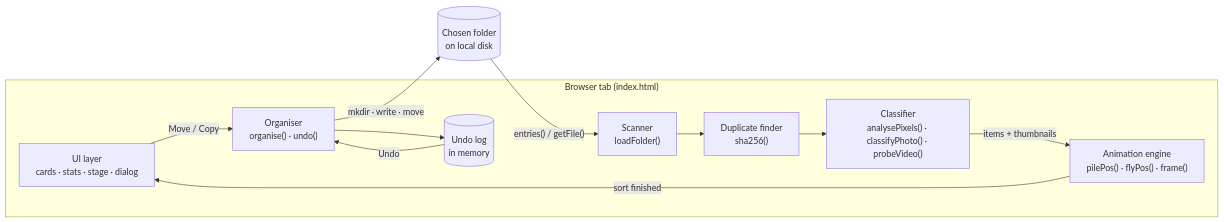
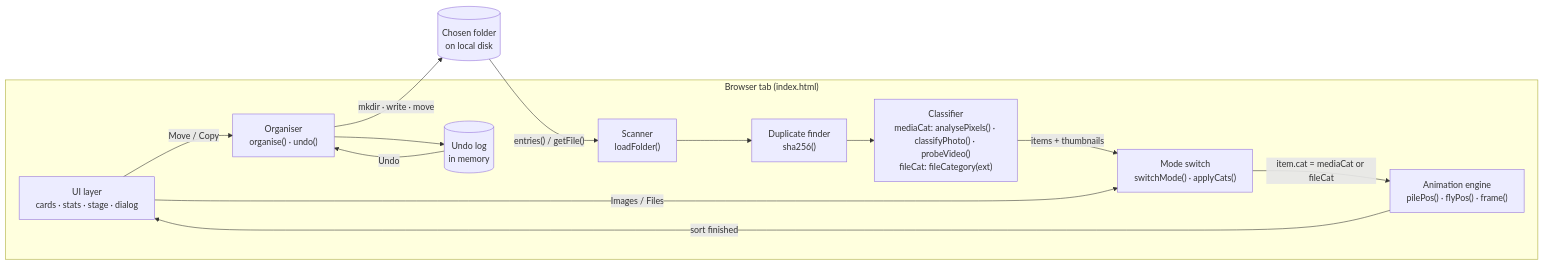
The first of 3 diagrams in README.md (woogi8/photo-sorter), drawn with Mermaid before and after one commit. The commit also changed other lines of this file and 1 other file, not shown here.

First line of the commit message:
Add Images/Files mode toggle with extension-based sorting

````diff
--- a/README.md
+++ b/README.md
@@ -83,22 +107,25 @@
 ```mermaid
 flowchart LR
     subgraph Browser["Browser tab (index.html)"]
         UI["UI layer<br/>cards · stats · stage · dialog"]
         SCAN["Scanner<br/>loadFolder()"]
         HASH["Duplicate finder<br/>sha256()"]
-        CLS["Classifier<br/>analysePixels() · classifyPhoto() · probeVideo()"]
+        CLS["Classifier<br/>mediaCat: analysePixels() · classifyPhoto() · probeVideo()<br/>fileCat: fileCategory(ext)"]
+        MODE["Mode switch<br/>switchMode() · applyCats()"]
         ANIM["Animation engine<br/>pilePos() · flyPos() · frame()"]
         ORG["Organiser<br/>organise() · undo()"]
         LOG[("Undo log<br/>in memory")]
     end
     FS[("Chosen folder<br/>on local disk")]
 
     FS -- "entries() / getFile()" --> SCAN
     SCAN --> HASH --> CLS
-    CLS -- "items + thumbnails" --> ANIM
+    CLS -- "items + thumbnails" --> MODE
+    MODE -- "item.cat = mediaCat or fileCat" --> ANIM
+    UI -- "Images / Files" --> MODE
     ANIM -- "sort finished" --> UI
     UI -- "Move / Copy" --> ORG
     ORG -- "mkdir · write · move" --> FS
     ORG --> LOG
     LOG -- "Undo" --> ORG
 ```
````
